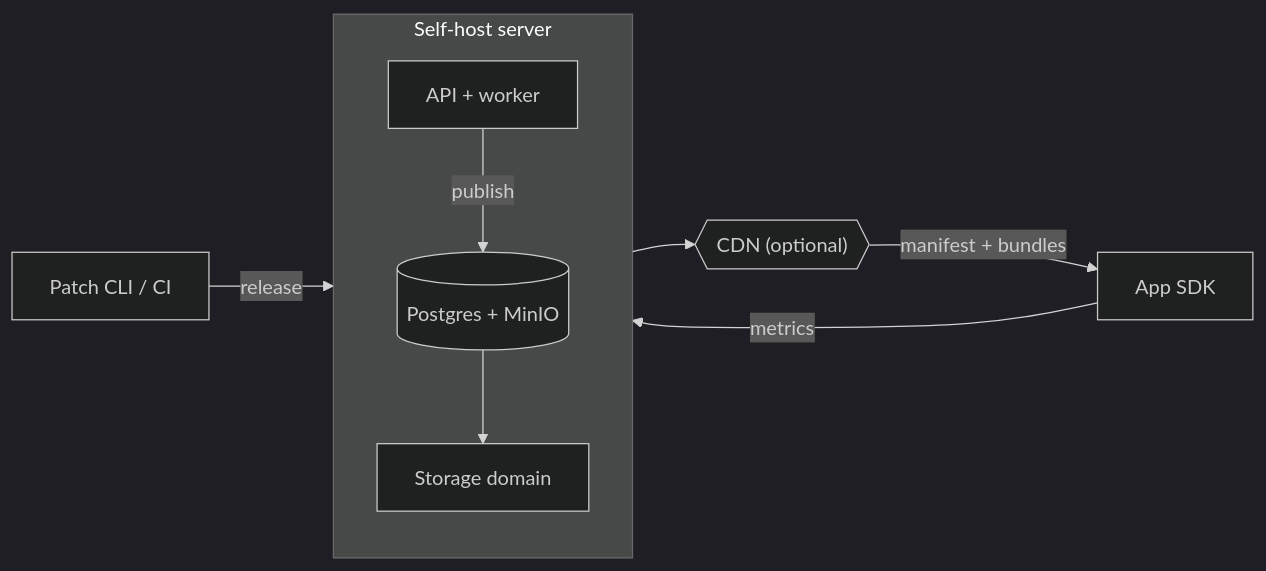
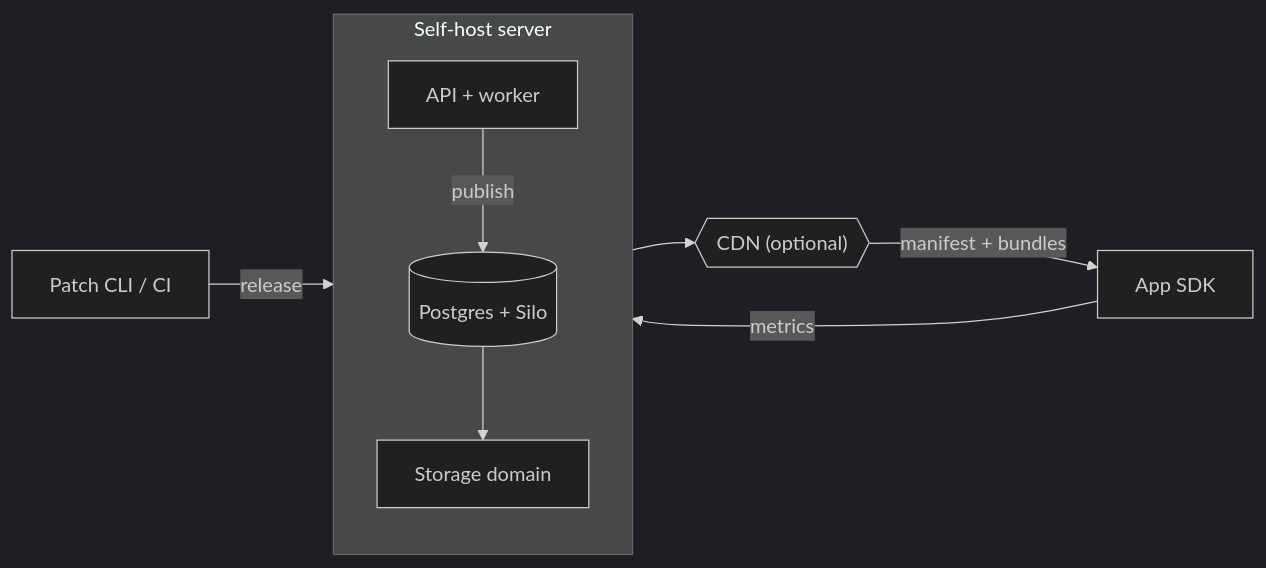
Before and after one commit to codemagic-ci-cd/codemagic-patch: the diagram in docs-site/docs/introduction/how-it-works.mdx, drawn with Mermaid (dark theme). The commit also changed other lines of this file and 142 other files, not shown here.

````diff
--- a/docs-site/docs/introduction/how-it-works.mdx
+++ b/docs-site/docs/introduction/how-it-works.mdx
@@ -14,18 +14,18 @@
 ```mermaid
 flowchart LR
   cli["Patch CLI / CI"] -->|release| api
 
   subgraph host["Self-host server"]
     direction TB
     api["API + worker"]
-    store[("Postgres + MinIO")]
+    store[("Postgres + Silo")]
     edge["Storage domain"]
     api -->|publish| store --> edge
   end
 
   cdn{{"CDN (optional)"}}
   sdk["App SDK"]
 
   edge --> cdn -->|manifest + bundles| sdk
   sdk -->|metrics| api
 ```
````
